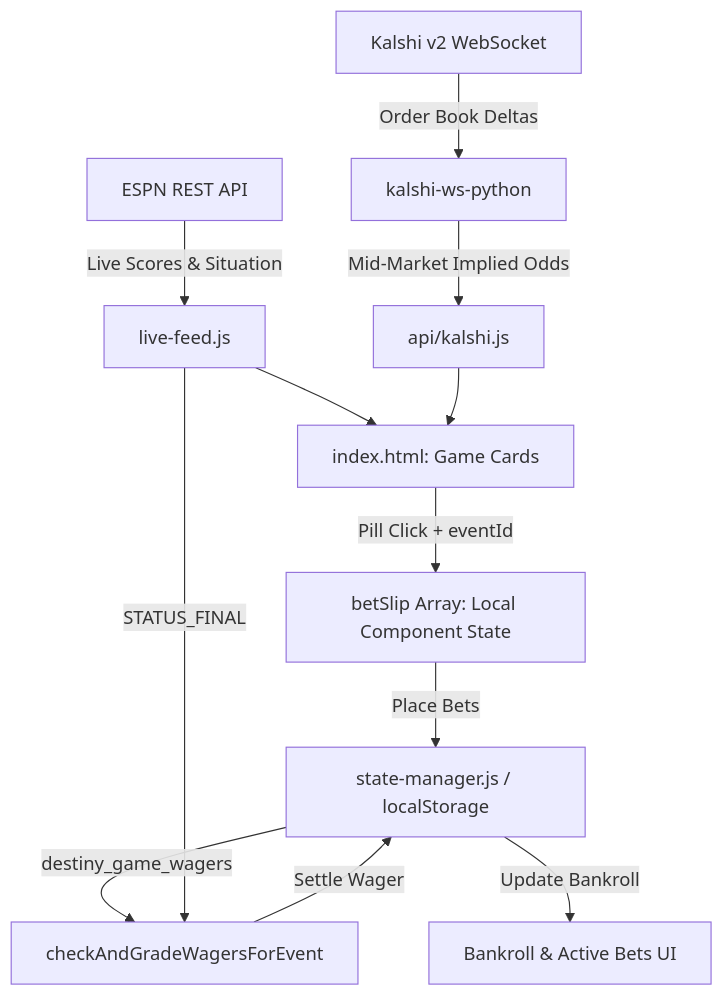
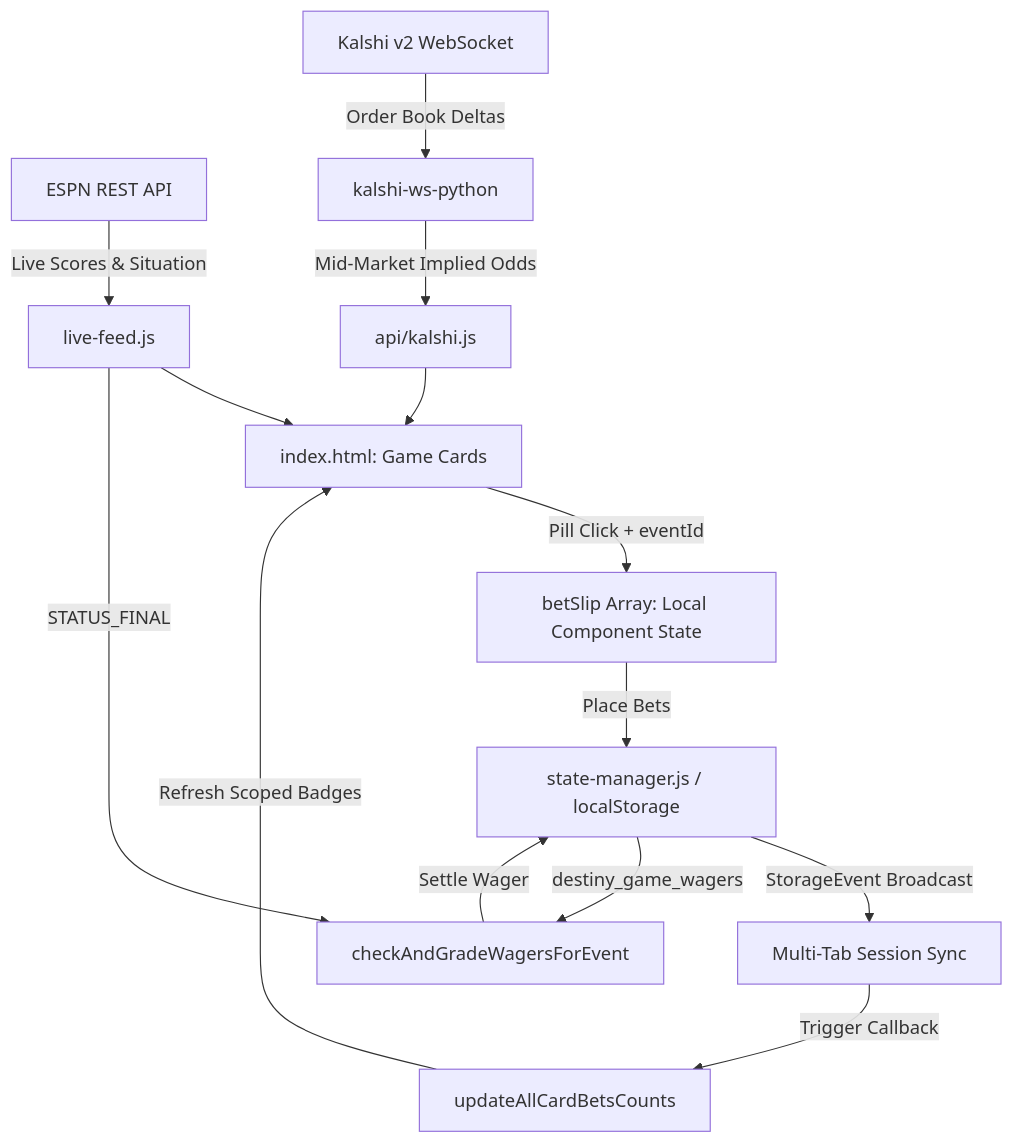
Before and after one commit to oatsu1998/Antigravity: the diagram in ARCHITECTURE.md, drawn with Mermaid. The commit also changed other lines of this file, not shown here.

Commit message:
Update ARCHITECTURE.md with StorageEvent multi-tab sync, rate limiting, and JSDoc schemas

````diff
--- a/ARCHITECTURE.md
+++ b/ARCHITECTURE.md
@@ -61,14 +61,16 @@
 ```mermaid
 graph TD
     A[ESPN REST API] -->|Live Scores & Situation| B[live-feed.js]
     C[Kalshi v2 WebSocket] -->|Order Book Deltas| D[kalshi-ws-python]
     D -->|Mid-Market Implied Odds| E[api/kalshi.js]
     B --> F[index.html: Game Cards]
     E --> F
     F -->|Pill Click + eventId| G[betSlip Array: Local Component State]
     G -->|Place Bets| H[state-manager.js / localStorage]
+    H -->|StorageEvent Broadcast| K[Multi-Tab Session Sync]
     H -->|destiny_game_wagers| I[checkAndGradeWagersForEvent]
     B -->|STATUS_FINAL| I
     I -->|Settle Wager| H
-    H -->|Update Bankroll| J[Bankroll & Active Bets UI]
+    K -->|Trigger Callback| L[updateAllCardBetsCounts]
+    L -->|Refresh Scoped Badges| F
 ```
````
